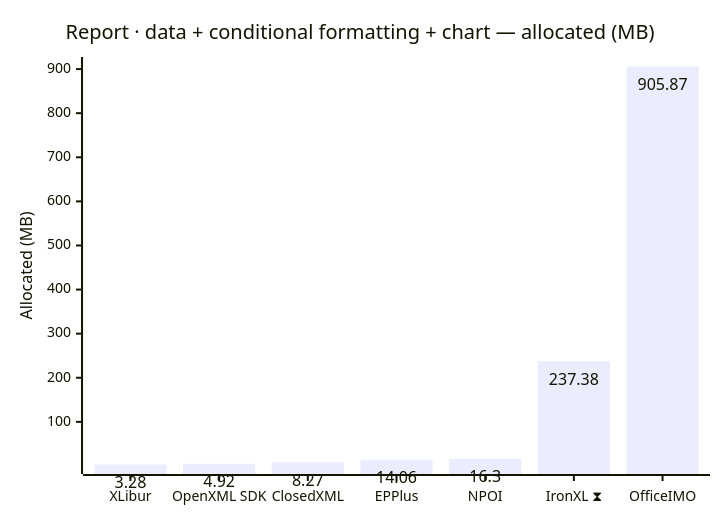
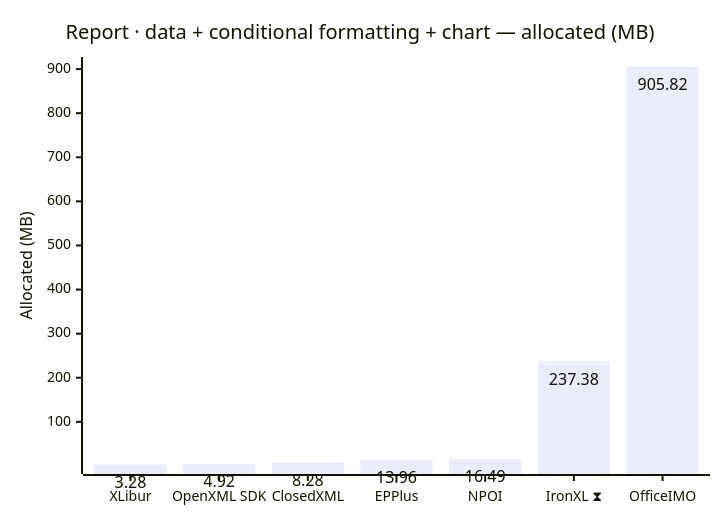
Before and after one commit to jafin/XLBench: the tenth of 18 diagrams in docs/results-ci.md, drawn with Mermaid. The commit also changed other lines of this file, not shown here.

````diff
--- a/docs/results-ci.md
+++ b/docs/results-ci.md
@@ -160,12 +160,12 @@
 ```mermaid
 ---
 config:
   xyChart:
     showDataLabel: true
 ---
 xychart-beta
     title "Report · data + conditional formatting + chart — allocated (MB)"
     x-axis ["XLibur", "OpenXML SDK", "ClosedXML", "EPPlus", "NPOI", "IronXL ⧗", "OfficeIMO"]
     y-axis "Allocated (MB)"
-    bar [3.28, 4.92, 8.27, 14.06, 16.3, 237.38, 905.87]
+    bar [3.28, 4.92, 8.28, 13.96, 16.49, 237.38, 905.82]
 ```
````
